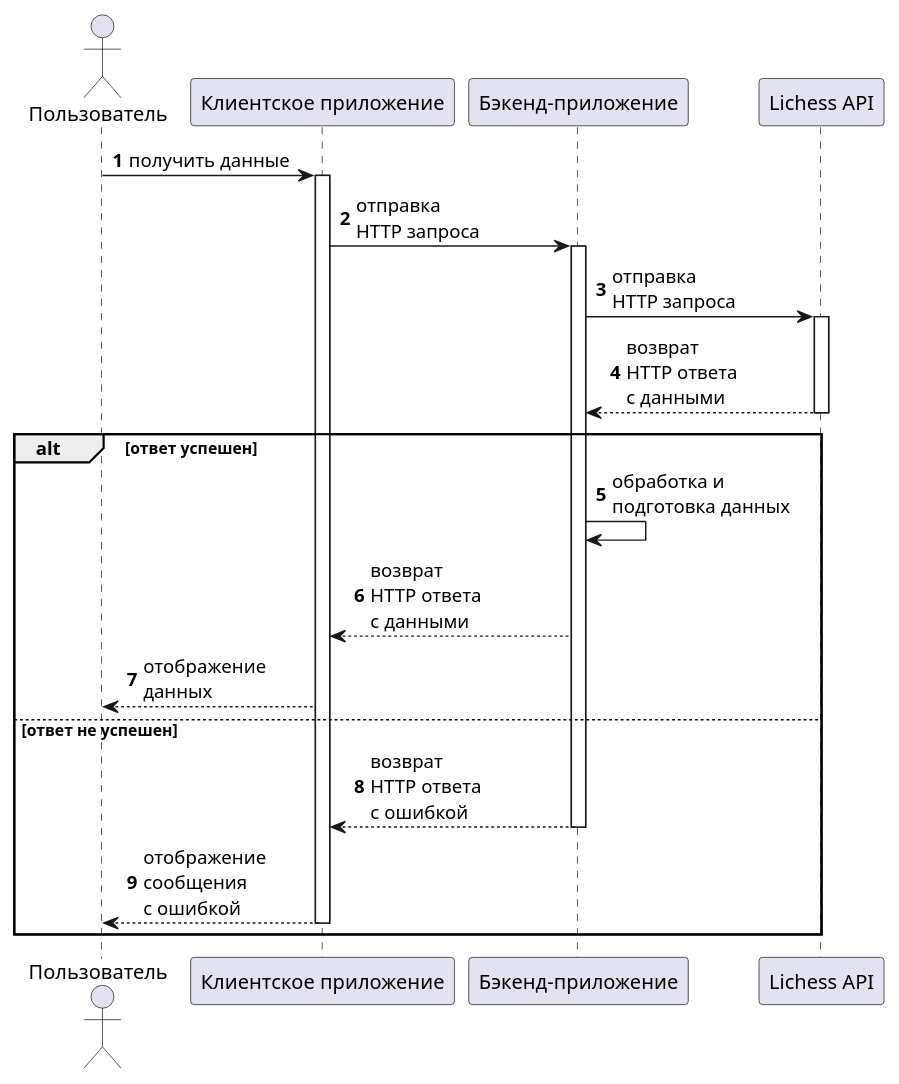
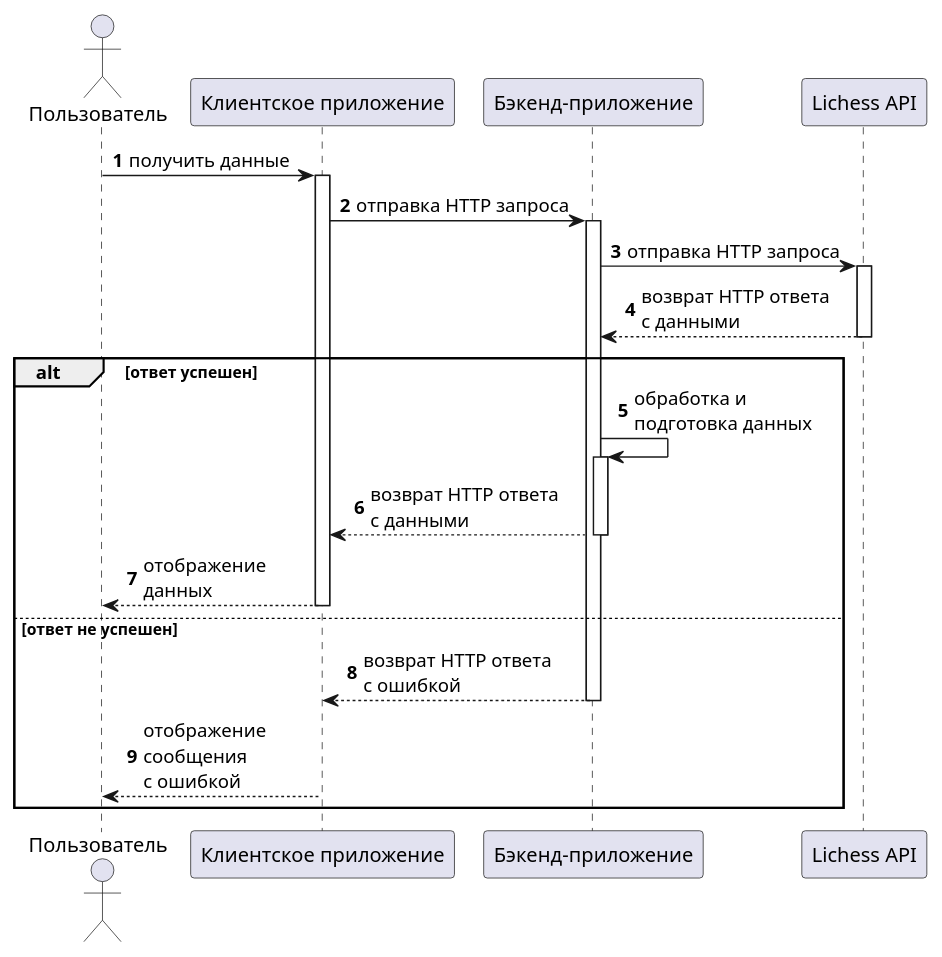
Before and after one commit to AleksanderNekr/LichessAnalyzer: the diagram in docs/lichess_request_response.puml, drawn with PlantUML.

Commit message:
[Docs] Add autoactivate.

```diff
--- a/docs/lichess_request_response.puml
+++ b/docs/lichess_request_response.puml
@@ -1,39 +1,34 @@
 @startuml Basic Request-Response Sequence
 'https://plantuml.com/sequence-diagram
 
 autonumber
+autoactivate on
 
 ' actors: Пользователь, Клиентское приложение, Бэкенд-приложение, Lichess API
 ' сценарий: пользователь желает отобразить список шахматистов, клиентское приложение запрашивает список у бэкенда, бэкенд запрашивает список у Lichess API, Lichess API возвращает список, бэкенд обрабатывает данные и возвращает список клиентскому приложению, клиентское приложение отображает список пользователю
 
 actor Пользователь as user
 participant "Клиентское приложение" as client
 participant "Бэкенд-приложение" as backend
 participant "Lichess API" as lichess
 
 user -> client: получить данные
-activate client
 
-client -> backend: отправка\nHTTP запроса
-activate backend
+client -> backend: отправка HTTP запроса
 
-backend -> lichess: отправка\nHTTP запроса
-activate lichess
-lichess --> backend: возврат\nHTTP ответа\nс данными
-deactivate lichess
+backend -> lichess: отправка HTTP запроса
+lichess --> backend: возврат HTTP ответа\nс данными
 
 alt ответ успешен
     backend -> backend: обработка и\nподготовка данных
-    backend --> client: возврат\nHTTP ответа\nс данными
+    backend --> client: возврат HTTP ответа\nс данными
     
     client --> user: отображение\nданных
 else ответ не успешен
-    backend --> client: возврат\nHTTP ответа\nс ошибкой
-    deactivate backend
+    backend --> client: возврат HTTP ответа\nс ошибкой
     
     client --> user: отображение\nсообщения\nс ошибкой
-    deactivate client
 end
 
 
 @enduml
```
